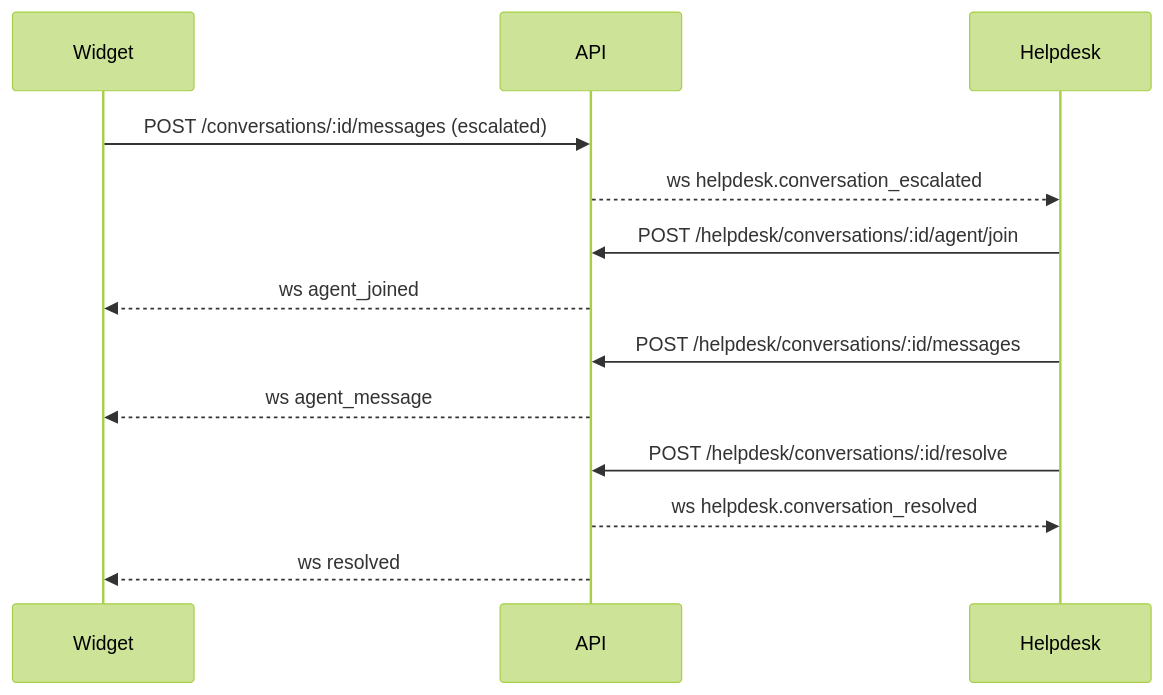
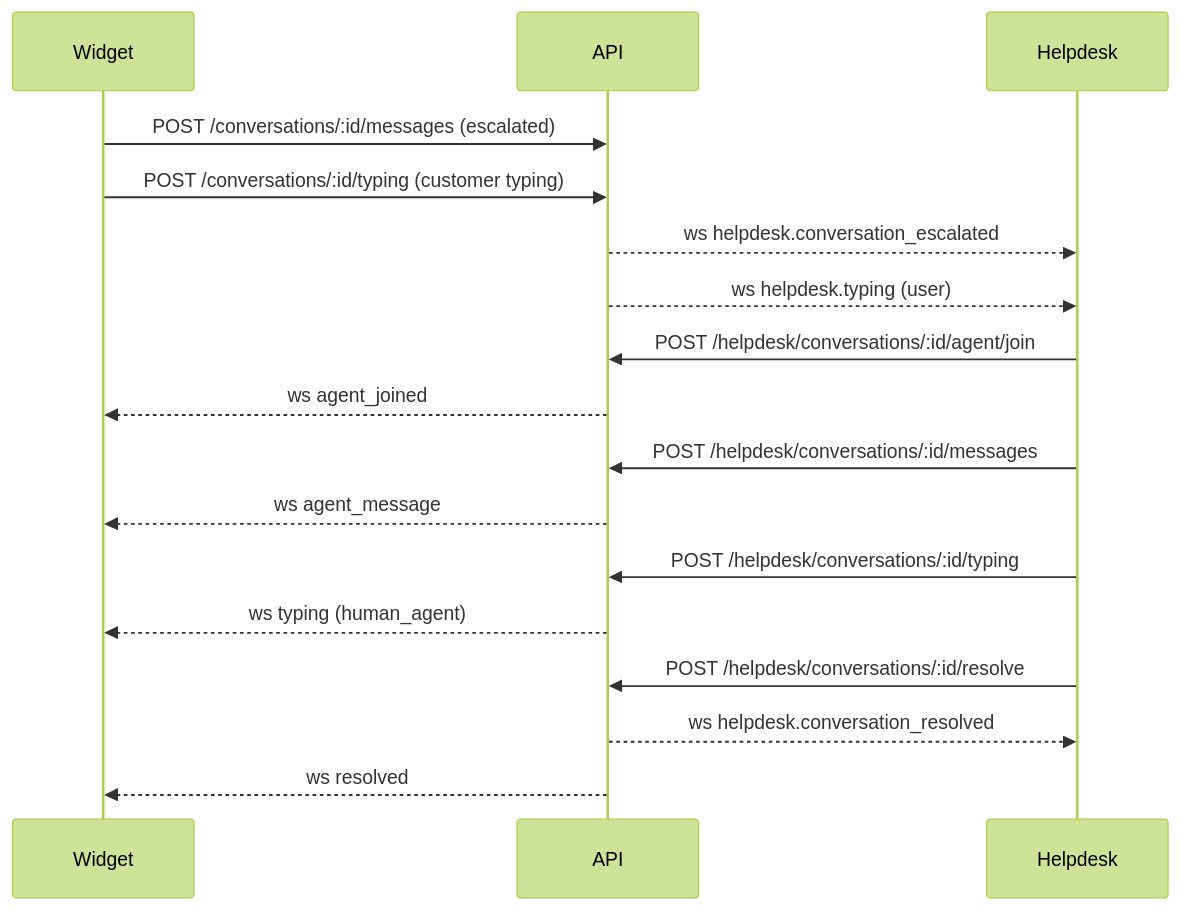
Before and after one commit to reyesprince31/jexity-chat-clean: the diagram in apps/helpdesk/README.md, drawn with Mermaid (forest theme). The commit also changed other lines of this file and 14 other files, not shown here.

Commit message:
feat(typing): adds typing indicator to both widget and helpdesk

````diff
--- a/apps/helpdesk/README.md
+++ b/apps/helpdesk/README.md
@@ -28,16 +29,20 @@
 ```mermaid
 sequenceDiagram
     participant Widget
     participant API
     participant Helpdesk
 
     Widget->>API: POST /conversations/:id/messages (escalated)
+    Widget->>API: POST /conversations/:id/typing (customer typing)
     API-->>Helpdesk: ws helpdesk.conversation_escalated
+    API-->>Helpdesk: ws helpdesk.typing (user)
     Helpdesk->>API: POST /helpdesk/conversations/:id/agent/join
     API-->>Widget: ws agent_joined
     Helpdesk->>API: POST /helpdesk/conversations/:id/messages
     API-->>Widget: ws agent_message
+    Helpdesk->>API: POST /helpdesk/conversations/:id/typing
+    API-->>Widget: ws typing (human_agent)
     Helpdesk->>API: POST /helpdesk/conversations/:id/resolve
     API-->>Helpdesk: ws helpdesk.conversation_resolved
     API-->>Widget: ws resolved
 ```
````
